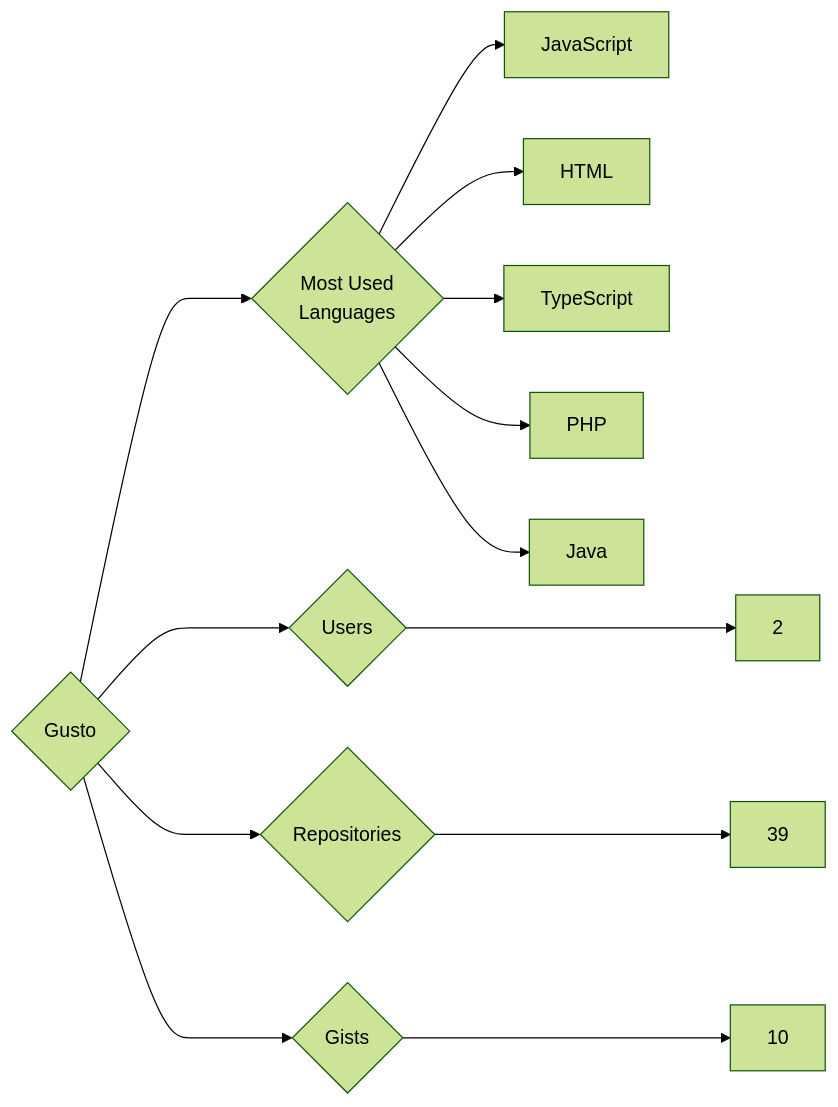
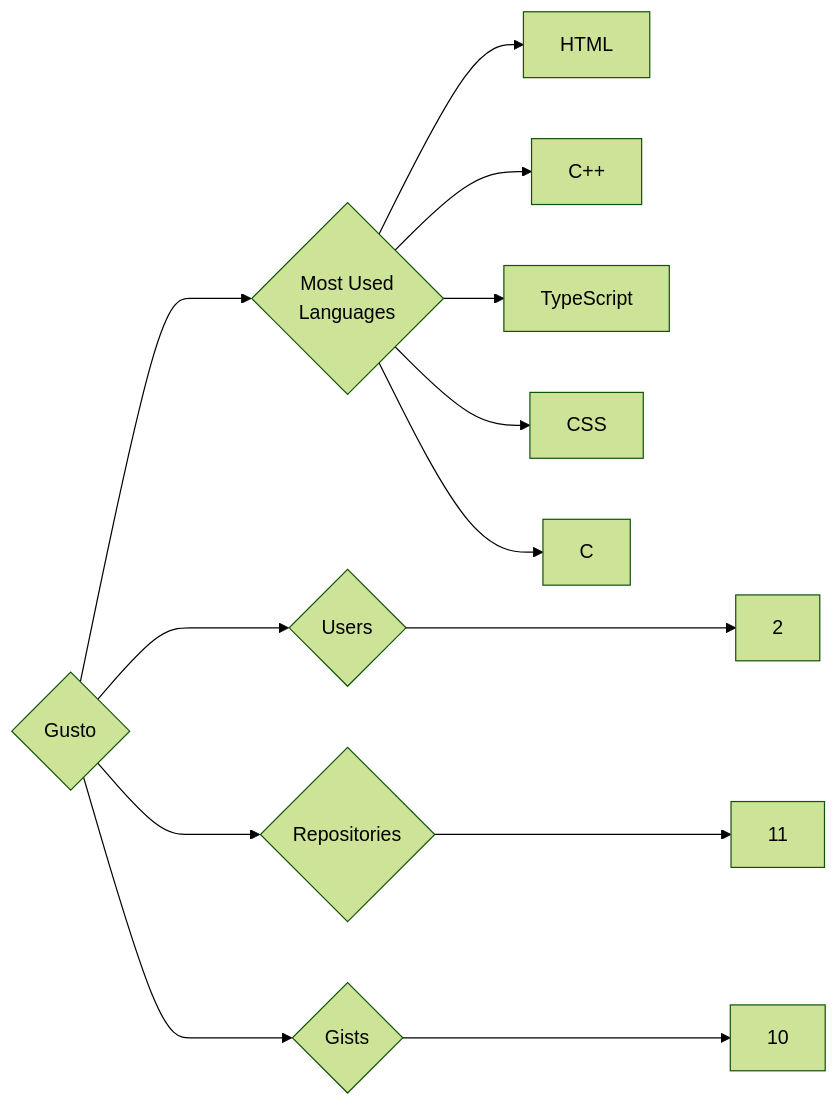
One commit to trickest/insiders changed the diagram in targets/Gusto/README.md. Above: the diagram before and after it, drawn with Mermaid (forest theme). The commit also changed 776 other files, not shown here.

````diff
--- a/targets/Gusto/README.md
+++ b/targets/Gusto/README.md
@@ -3,13 +3,13 @@
 ```mermaid
 graph LR
 COMPANY_NAME{Gusto}
 COMPANY_NAME ---> U{Users} ---> UN[2]
-COMPANY_NAME ---> R{Repositories} ---> RN[39]
+COMPANY_NAME ---> R{Repositories} ---> RN[11]
 COMPANY_NAME ---> G{Gists} ---> GN[10]
 COMPANY_NAME ---> ML{Most Used<br>Languages}
-ML --> JavaScript[JavaScript]
 ML --> HTML[HTML]
+ML --> C++[C++]
 ML --> TypeScript[TypeScript]
-ML --> PHP[PHP]
-ML --> Java[Java]
+ML --> CSS[CSS]
+ML --> C[C]
 ```
````
